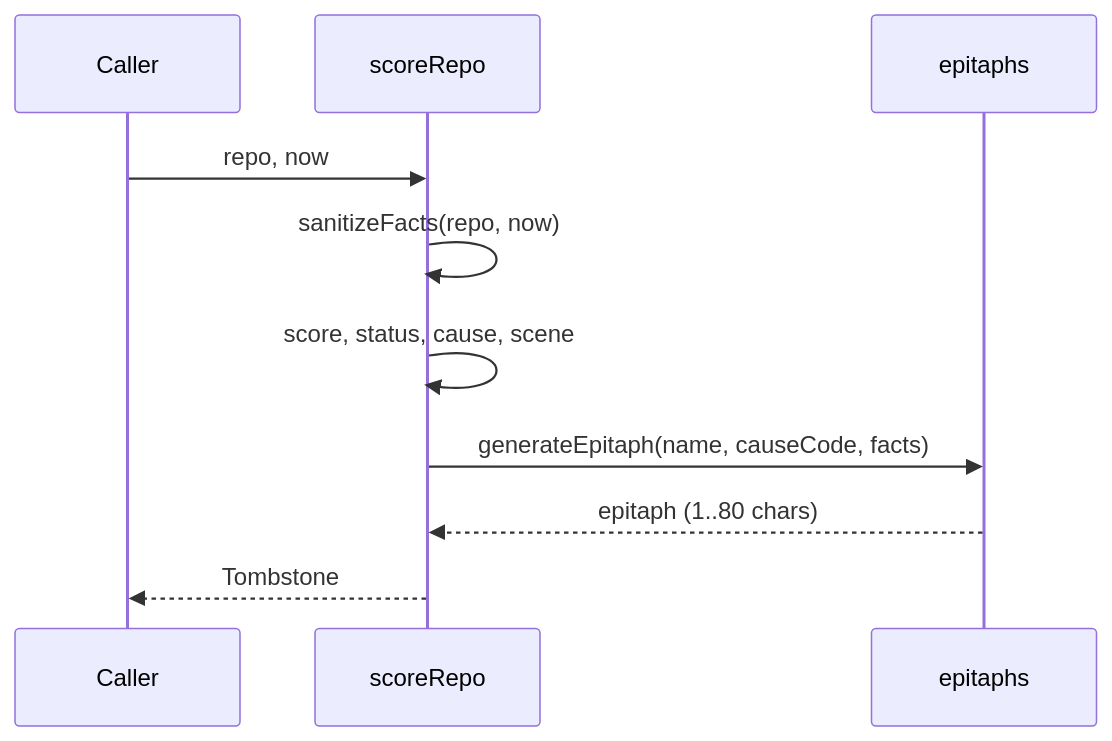
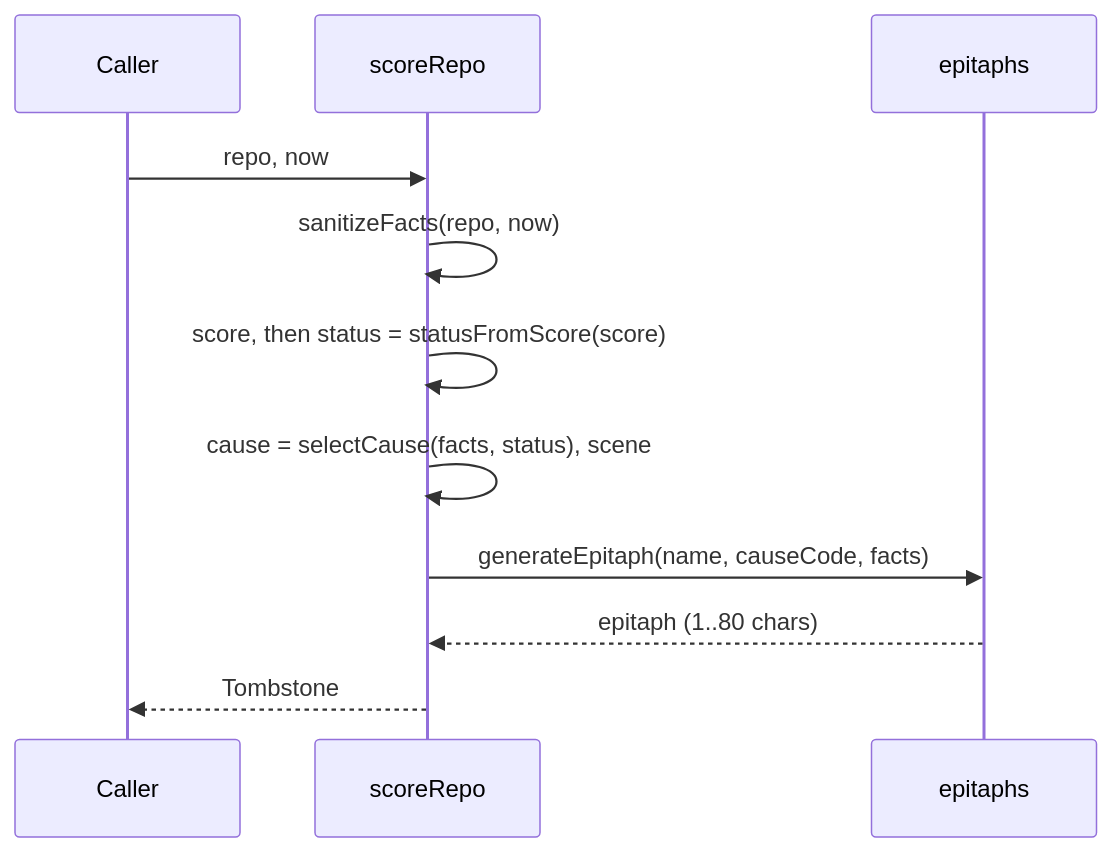
The second of 2 diagrams in .kiro/specs/death-scoring/design.md (tahir3693/Repo-Graveyard), drawn with Mermaid before and after one commit. The commit also changed other lines of this file and 39 other files, not shown here.

````diff
--- a/.kiro/specs/death-scoring/design.md
+++ b/.kiro/specs/death-scoring/design.md
@@ -61,12 +62,13 @@
 ```mermaid
 sequenceDiagram
     participant Caller
     participant S as scoreRepo
     participant E as epitaphs
     Caller->>S: repo, now
     S->>S: sanitizeFacts(repo, now)
-    S->>S: score, status, cause, scene
+    S->>S: score, then status = statusFromScore(score)
+    S->>S: cause = selectCause(facts, status), scene
     S->>E: generateEpitaph(name, causeCode, facts)
     E-->>S: epitaph (1..80 chars)
     S-->>Caller: Tombstone
 ```
````
